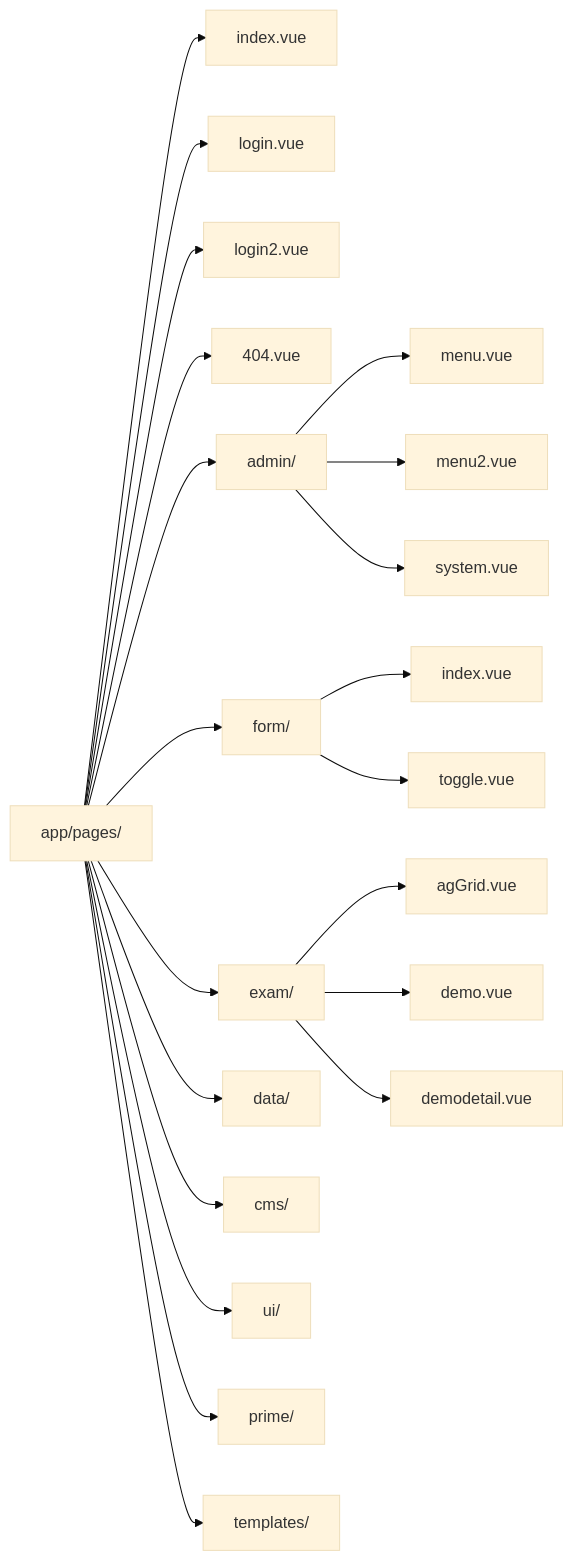
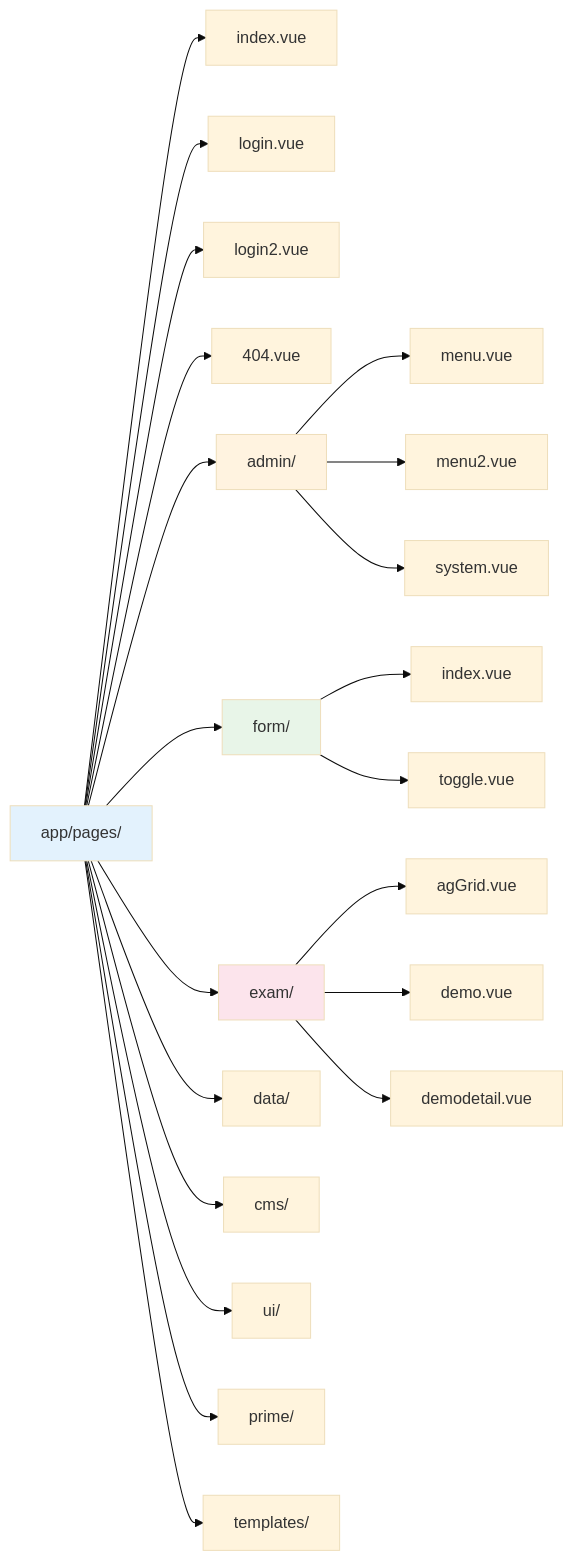
The second of 8 diagrams in docs/routing-configuration.md (simonMoon83/nuxttest), drawn with Mermaid (base theme) before and after one commit. The commit also changed other lines of this file and 1 other file, not shown here.

````diff
--- a/docs/routing-configuration.md
+++ b/docs/routing-configuration.md
@@ -52,26 +83,31 @@
 ```mermaid
 graph LR
     A[app/pages/] --> B[index.vue]
     A --> C[login.vue]
     A --> D[login2.vue]
     A --> E[404.vue]
     A --> F[admin/]
     A --> G[form/]
     A --> H[exam/]
     A --> I[data/]
     A --> J[cms/]
     A --> K[ui/]
     A --> L[prime/]
     A --> M[templates/]
 
     F --> F1[menu.vue]
     F --> F2[menu2.vue]
     F --> F3[system.vue]
 
     G --> G1[index.vue]
     G --> G2[toggle.vue]
 
     H --> H1[agGrid.vue]
     H --> H2[demo.vue]
     H --> H3[demodetail.vue]
+
+    style A fill:#e3f2fd
+    style F fill:#fff3e0
+    style G fill:#e8f5e8
+    style H fill:#fce4ec
 ```
````
